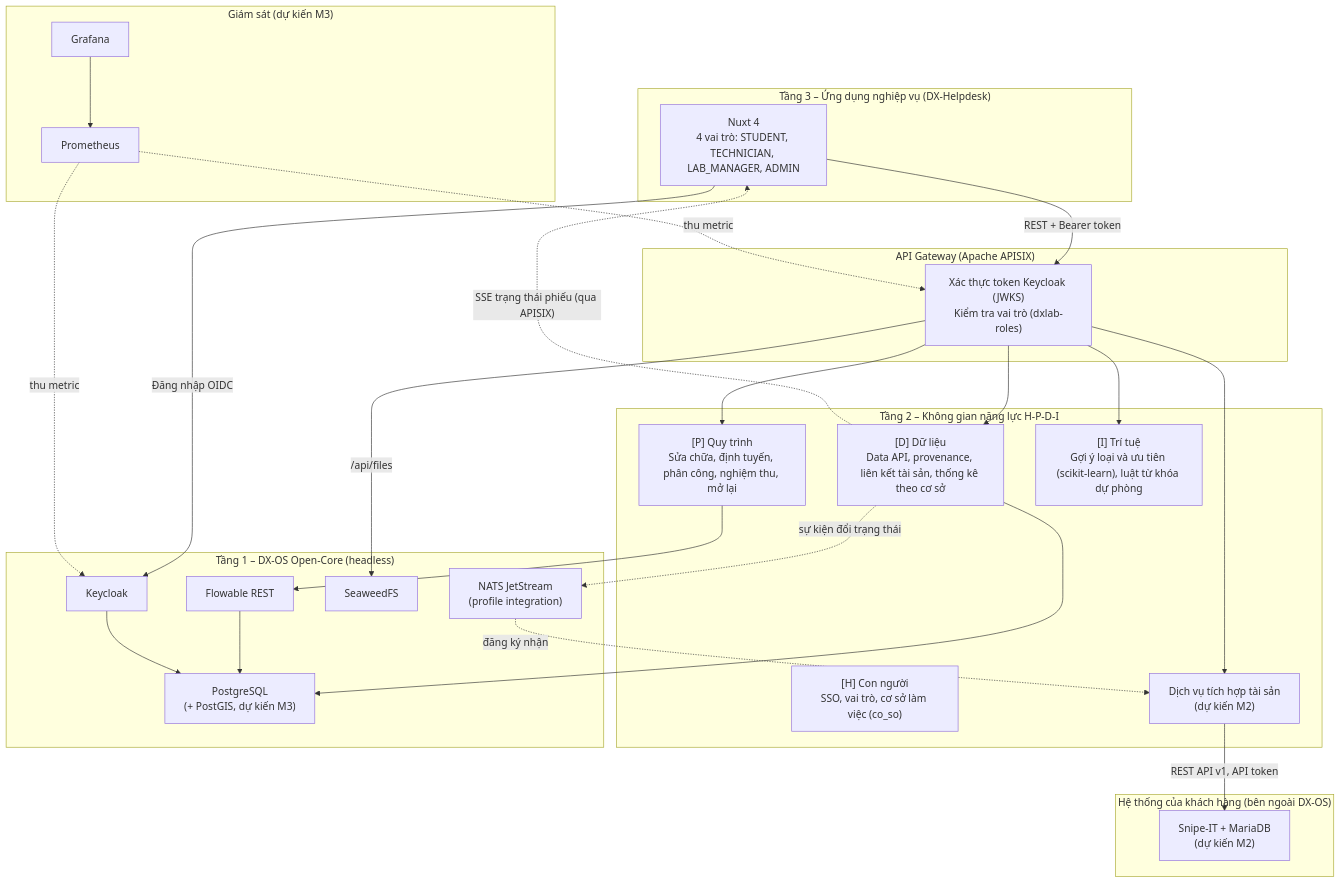
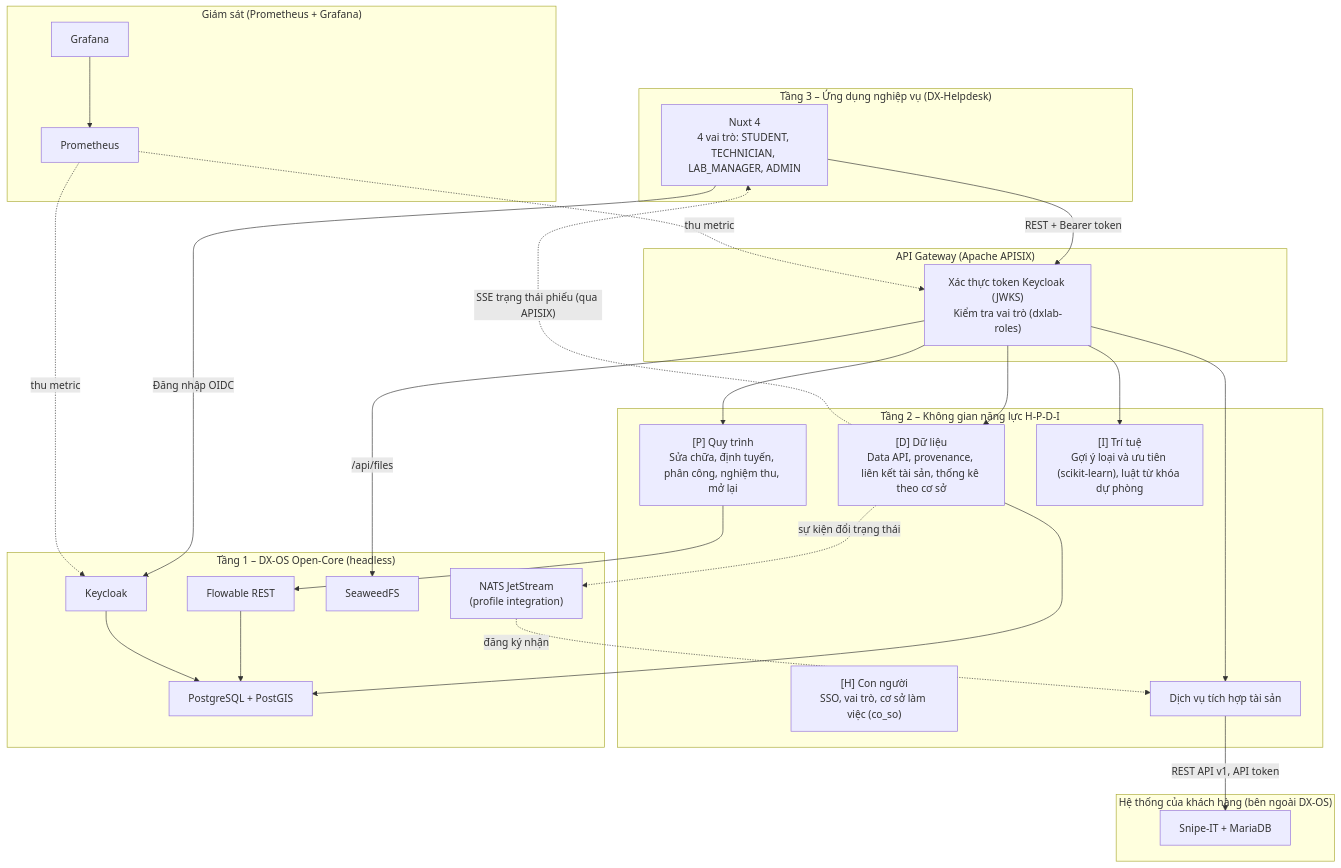
The first of 6 diagrams in docs/architecture.md (HaUI-Libre/dx-lab), drawn with Mermaid before and after one commit. The commit also changed other lines of this file, not shown here.

Commit message:
docs: don ghi chu du kien cu trong docs/architecture.md (#187)

````diff
--- a/docs/architecture.md
+++ b/docs/architecture.md
@@ -21,54 +21,54 @@
 ```mermaid
 graph TD
     subgraph T3 ["Tầng 3 – Ứng dụng nghiệp vụ (DX-Helpdesk)"]
         UI["Nuxt 4<br/>4 vai trò: STUDENT, TECHNICIAN, LAB_MANAGER, ADMIN"]
     end
 
     subgraph T2 ["Tầng 2 – Không gian năng lực H-P-D-I"]
         H["[H] Con người<br/>SSO, vai trò, cơ sở làm việc (co_so)"]
         P["[P] Quy trình<br/>Sửa chữa, định tuyến, phân công, nghiệm thu, mở lại"]
         D["[D] Dữ liệu<br/>Data API, provenance, liên kết tài sản, thống kê theo cơ sở"]
         I["[I] Trí tuệ<br/>Gợi ý loại và ưu tiên (scikit-learn), luật từ khóa dự phòng"]
-        ASSET["Dịch vụ tích hợp tài sản<br/>(dự kiến M2)"]
+        ASSET["Dịch vụ tích hợp tài sản"]
     end
 
     subgraph GW ["API Gateway (Apache APISIX)"]
         APISIX["Xác thực token Keycloak (JWKS)<br/>Kiểm tra vai trò (dxlab-roles)"]
     end
 
     subgraph T1 ["Tầng 1 – DX-OS Open-Core (headless)"]
         KC["Keycloak"]
-        PG["PostgreSQL<br/>(+ PostGIS, dự kiến M3)"]
+        PG["PostgreSQL + PostGIS"]
         FL["Flowable REST"]
         SW["SeaweedFS"]
         NATS["NATS JetStream<br/>(profile integration)"]
     end
 
     subgraph EXT ["Hệ thống của khách hàng (bên ngoài DX-OS)"]
-        SNIPE["Snipe-IT + MariaDB<br/>(dự kiến M2)"]
+        SNIPE["Snipe-IT + MariaDB"]
     end
 
-    subgraph MON ["Giám sát (dự kiến M3)"]
+    subgraph MON ["Giám sát (Prometheus + Grafana)"]
         PROM["Prometheus"]
         GRAF["Grafana"]
     end
 
     UI -->|"Đăng nhập OIDC"| KC
     UI -->|"REST + Bearer token"| APISIX
     APISIX --> D
     APISIX --> P
     APISIX --> I
     APISIX --> ASSET
     APISIX -->|"/api/files"| SW
     D --> PG
     P --> FL
     FL --> PG
     KC --> PG
     ASSET -->|"REST API v1, API token"| SNIPE
     D -.->|sự kiện đổi trạng thái| NATS
     NATS -.->|đăng ký nhận| ASSET
     D -.->|"SSE trạng thái phiếu (qua APISIX)"| UI
     PROM -.->|thu metric| APISIX
     PROM -.->|thu metric| KC
     GRAF --> PROM
 ```
````
